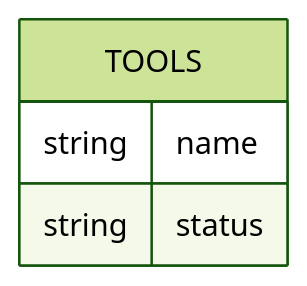
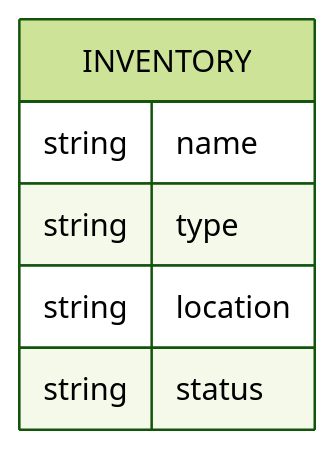
The diagram in README.md (AugleBoBaugles/spare-pit), drawn with Mermaid (forest theme) before and after one commit.

````diff
--- a/README.md
+++ b/README.md
@@ -42,8 +42,10 @@
 ```mermaid
 erDiagram
-    TOOLS 
-    TOOLS {
+    INVENTORY 
+    INVENTORY {
         string name
+        string type
+        string location
         string status
     }
 ```
````
